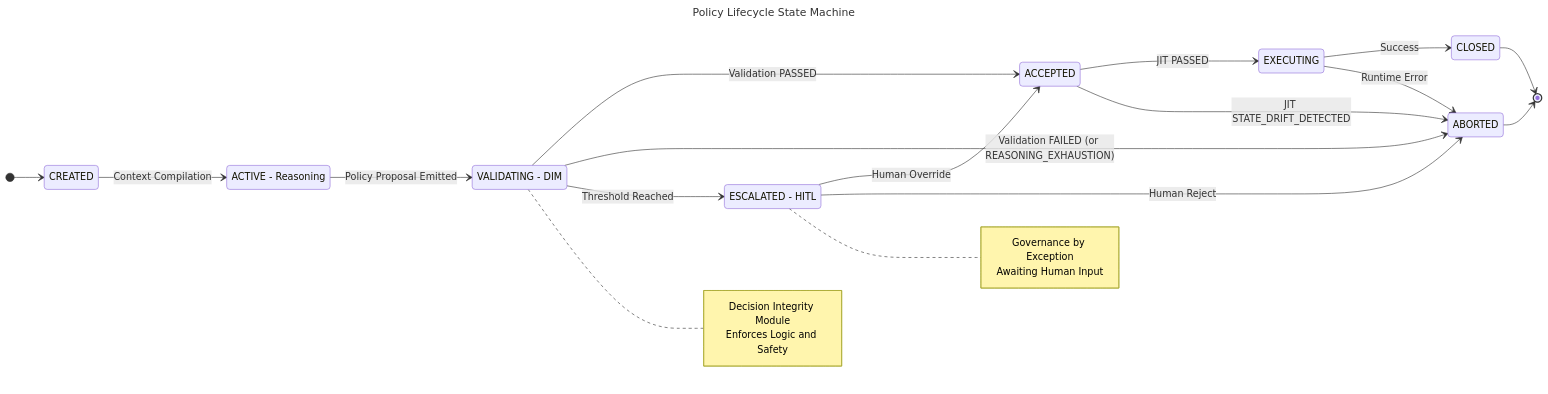
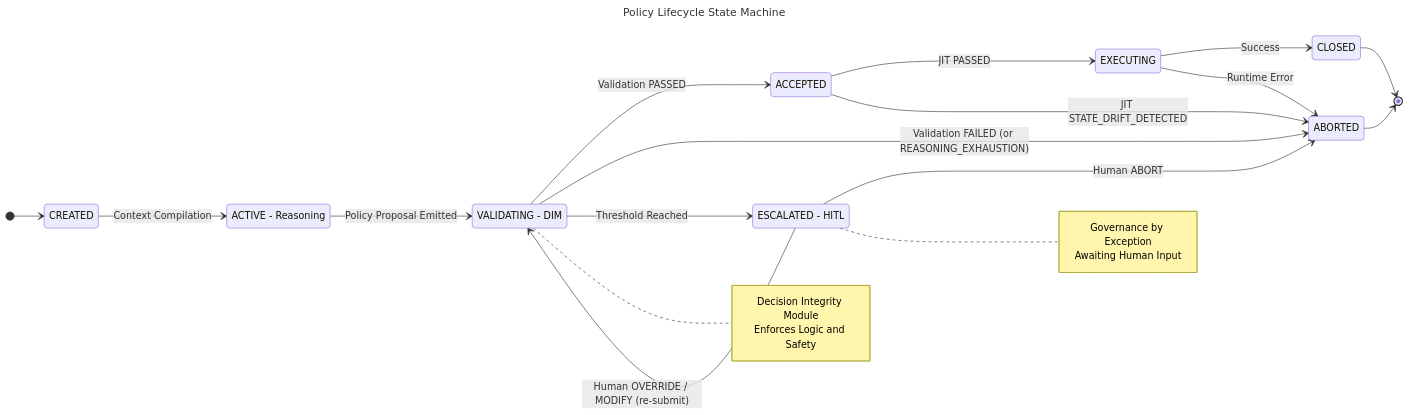
The ninth of 21 diagrams in docs/07-dir-minified/DIR-minified.md (huka81/decision-intelligence-runtime), drawn with Mermaid before and after one commit. The commit also changed other lines of this file and 5 other files, not shown here.

````diff
--- a/docs/07-dir-minified/DIR-minified.md
+++ b/docs/07-dir-minified/DIR-minified.md
@@ -1202,48 +1205,48 @@
 ```mermaid
 ---
 title: Policy Lifecycle State Machine
 config:
   look: classic
 ---
 stateDiagram-v2
     direction LR
 
     state "CREATED" as Created
     state "ACTIVE  -  Reasoning" as Active
     state "VALIDATING  -  DIM" as Validating
     state "ESCALATED  -  HITL" as Escalated
     state "ACCEPTED" as Accepted
     state "EXECUTING" as Executing
     state "CLOSED" as Closed
     state "ABORTED" as Aborted
 
     [*] --> Created
     Created --> Active : Context Compilation
 
     Active --> Validating : Policy Proposal Emitted
 
     Validating --> Accepted : Validation PASSED
     Validating --> Aborted : Validation FAILED (or REASONING_EXHAUSTION)
     Validating --> Escalated : Threshold Reached
 
-    Escalated --> Accepted : Human Override
-    Escalated --> Aborted : Human Reject
+    Escalated --> Validating : Human OVERRIDE / MODIFY (re-submit)
+    Escalated --> Aborted : Human ABORT
 
     Accepted --> Executing : JIT PASSED
     Accepted --> Aborted   : JIT STATE_DRIFT_DETECTED
     Executing --> Closed : Success
     Executing --> Aborted : Runtime Error
 
     Closed --> [*]
     Aborted --> [*]
 
     note right of Validating
         Decision Integrity Module
         Enforces Logic and Safety
     end note
 
     note right of Escalated
         Governance by Exception
         Awaiting Human Input
     end note
 ```
````
